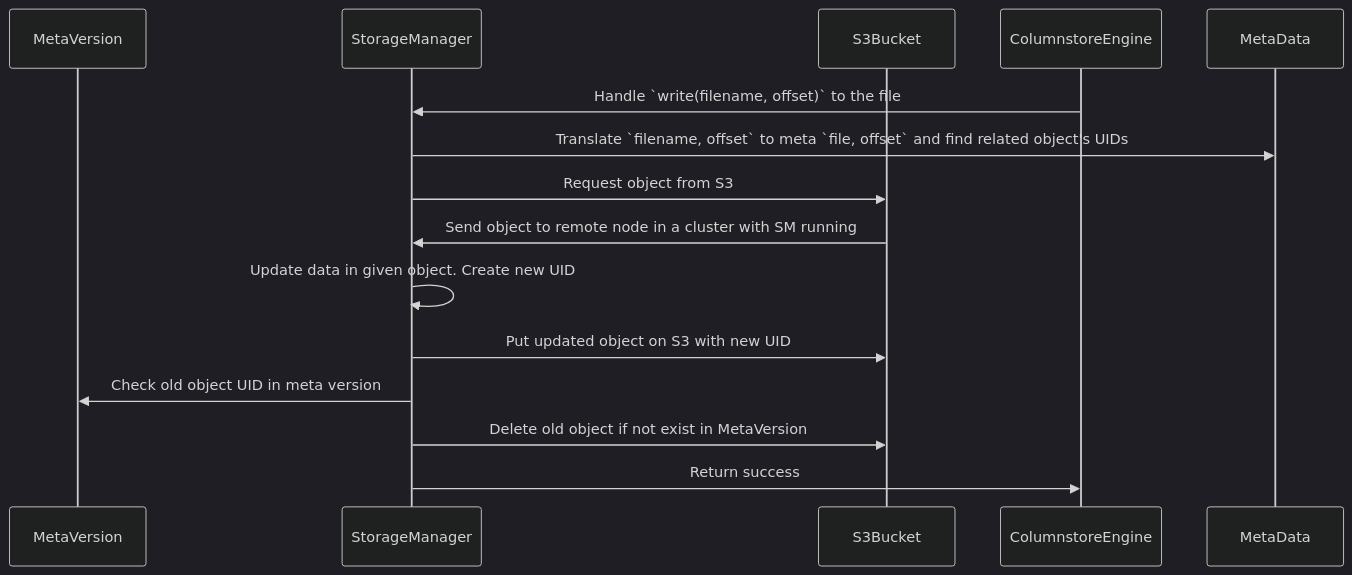
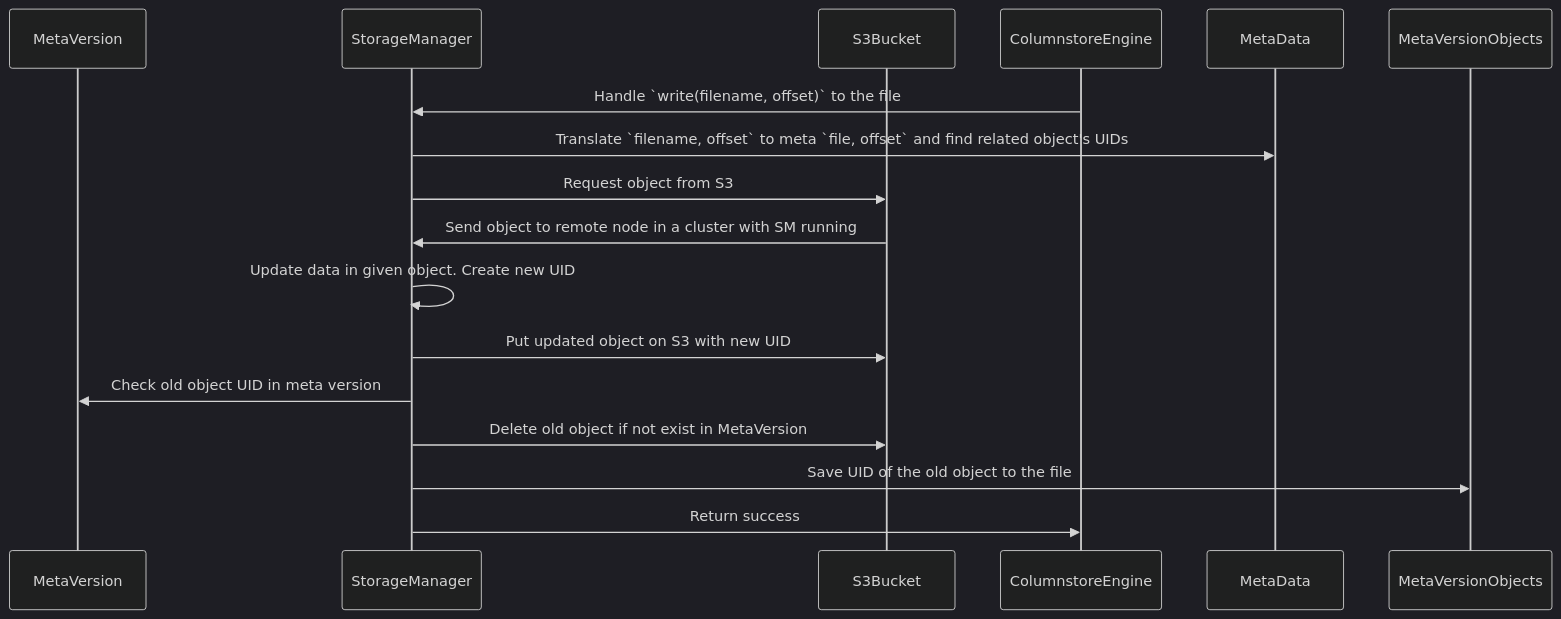
The second of 4 diagrams in docs/StorageManagerMetaVersioning.md (denis0x0D/mariadb-columnstore-engine), drawn with Mermaid (dark theme) before and after one commit. The commit also changed other lines of this file, not shown here.

````diff
--- a/docs/StorageManagerMetaVersioning.md
+++ b/docs/StorageManagerMetaVersioning.md
@@ -16,17 +16,19 @@
 ```mermaid
 sequenceDiagram
     participant MetaVersion
     participant StorageManager
     participant S3Bucket
     participant ColumnstoreEngine
     participant MetaData
+    participant MetaVersionObjects
     ColumnstoreEngine->>StorageManager: Handle `write(filename, offset)` to the file
     StorageManager->>MetaData: Translate `filename, offset` to meta `file, offset` and find related object's UIDs
     StorageManager->>S3Bucket: Request object from S3
     S3Bucket->>StorageManager: Send object to remote node in a cluster with SM running
     StorageManager->>StorageManager: Update data in given object. Create new UID
     StorageManager->>S3Bucket: Put updated object on S3 with new UID
     StorageManager->>MetaVersion: Check old object UID in meta version
     StorageManager->>S3Bucket: Delete old object if not exist in MetaVersion
+    StorageManager->>MetaVersionObjects: Save UID of the old object to the file
     StorageManager->>ColumnstoreEngine: Return success
 ```
````
